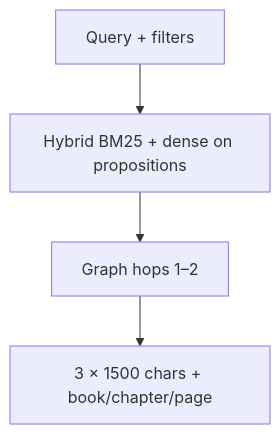
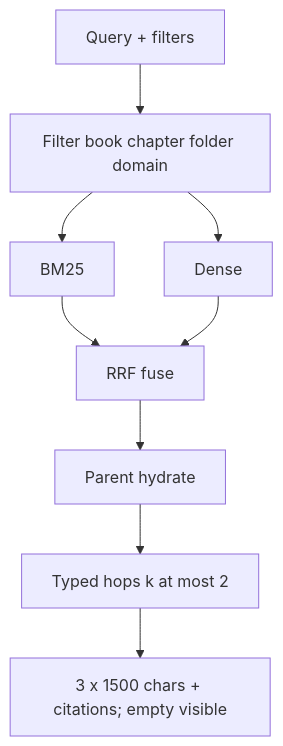
Before and after one commit to Vinayak-RZ/ARC: the third of 3 diagrams in docs/ARCHITECTURE.md, drawn with Mermaid. The commit also changed other lines of this file and 4 other files, not shown here.

First line of the commit message:
docs(rag): sync harness and architecture ingest/query diagrams

````diff
--- a/docs/ARCHITECTURE.md
+++ b/docs/ARCHITECTURE.md
@@ -544,8 +544,17 @@
 ```mermaid
 flowchart TB
   Q["Query + filters"]
-  H["Hybrid BM25 + dense on propositions"]
-  Hop["Graph hops 1–2"]
-  Pack["3 × 1500 chars + book/chapter/page"]
-  Q --> H --> Hop --> Pack
+  F["Filter book chapter folder domain"]
+  BM["BM25"]
+  DE["Dense"]
+  RRF["RRF fuse"]
+  Hyd["Parent hydrate"]
+  Hop["Typed hops k at most 2"]
+  Pack["3 x 1500 chars + citations; empty visible"]
+  Q --> F
+  F --> BM
+  F --> DE
+  BM --> RRF
+  DE --> RRF
+  RRF --> Hyd --> Hop --> Pack
 ```
````
